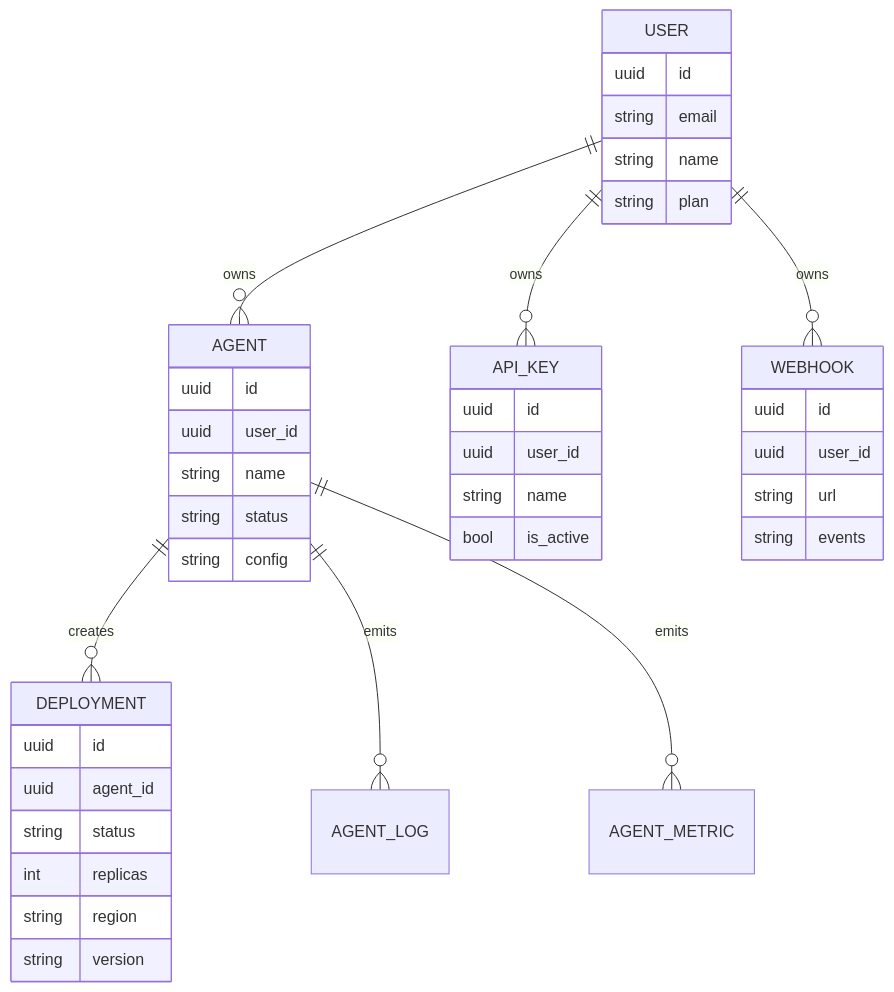
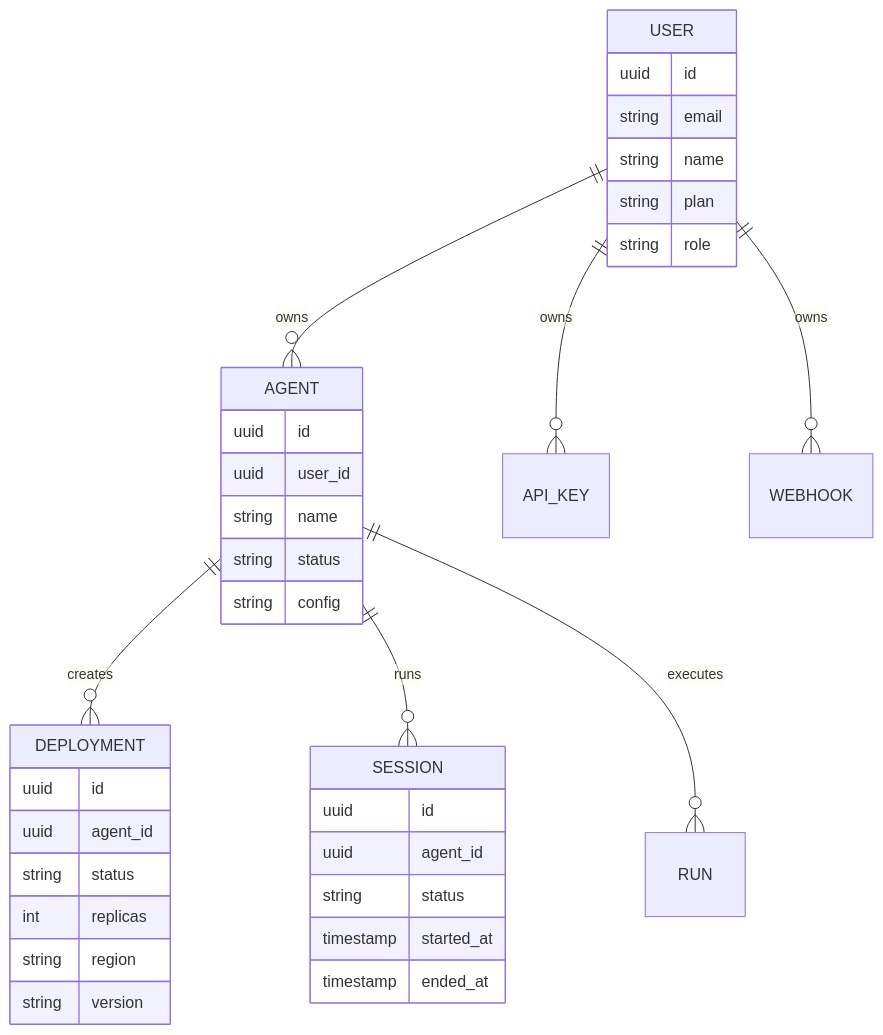
The diagram in whitepaper.md (mutx-dev/mutx-dev), drawn with Mermaid before and after one commit. The commit also changed other lines of this file and 32 other files, not shown here.

````diff
--- a/whitepaper.md
+++ b/whitepaper.md
@@ -187,42 +104,38 @@
 ```mermaid
 erDiagram
     USER ||--o{ AGENT : owns
     USER ||--o{ API_KEY : owns
     USER ||--o{ WEBHOOK : owns
     AGENT ||--o{ DEPLOYMENT : creates
-    AGENT ||--o{ AGENT_LOG : emits
-    AGENT ||--o{ AGENT_METRIC : emits
+    AGENT ||--o{ SESSION : runs
+    AGENT ||--o{ RUN : executes
     USER {
         uuid id
         string email
         string name
         string plan
+        string role
     }
     AGENT {
         uuid id
         uuid user_id
         string name
         string status
         string config
     }
     DEPLOYMENT {
         uuid id
         uuid agent_id
         string status
         int replicas
         string region
         string version
     }
-    API_KEY {
+    SESSION {
         uuid id
-        uuid user_id
-        string name
-        bool is_active
-    }
-    WEBHOOK {
-        uuid id
-        uuid user_id
-        string url
-        string events
+        uuid agent_id
+        string status
+        timestamp started_at
+        timestamp ended_at
     }
 ```
````
